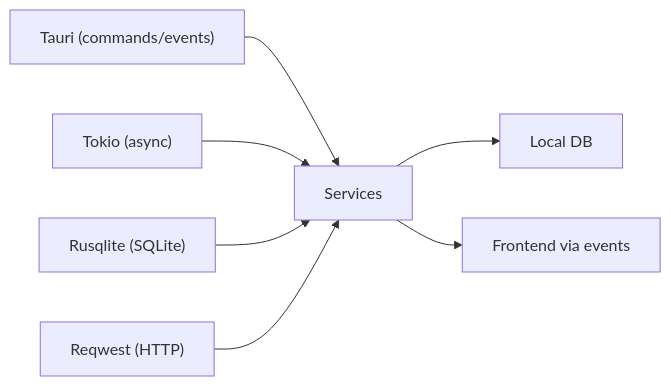
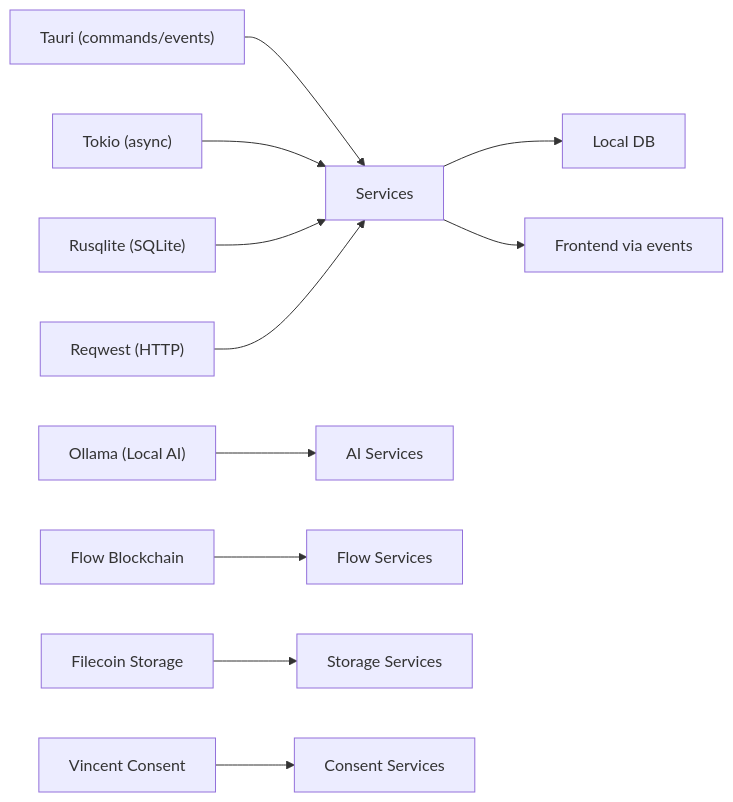
Before and after one commit to sanketnighot/shadow-protocol: diagram 12 of 12 in .qoder/repowiki/en/content/Backend Services Architecture/Service Layer Overview.md, drawn with Mermaid. The commit also changed other lines of this file and 9 other files, not shown here.

First line of the commit message:
feat: Enhance SHADOW Protocol with new Flow and AI services integration

````diff
--- a/.qoder/repowiki/en/content/Backend Services Architecture/Service Layer Overview.md
+++ b/.qoder/repowiki/en/content/Backend Services Architecture/Service Layer Overview.md
@@ -347,9 +603,13 @@
 ```mermaid
 graph LR
 Tauri["Tauri (commands/events)"] --> Services["Services"]
 Tokio["Tokio (async)"] --> Services
 Rusqlite["Rusqlite (SQLite)"] --> Services
 Reqwest["Reqwest (HTTP)"] --> Services
+Ollama["Ollama (Local AI)"] --> AI["AI Services"]
+Flow["Flow Blockchain"] --> FlowServices["Flow Services"]
+Filecoin["Filecoin Storage"] --> StorageServices["Storage Services"]
+Vincent["Vincent Consent"] --> ConsentServices["Consent Services"]
 Services --> DB["Local DB"]
 Services --> UI["Frontend via events"]
 ```
````
